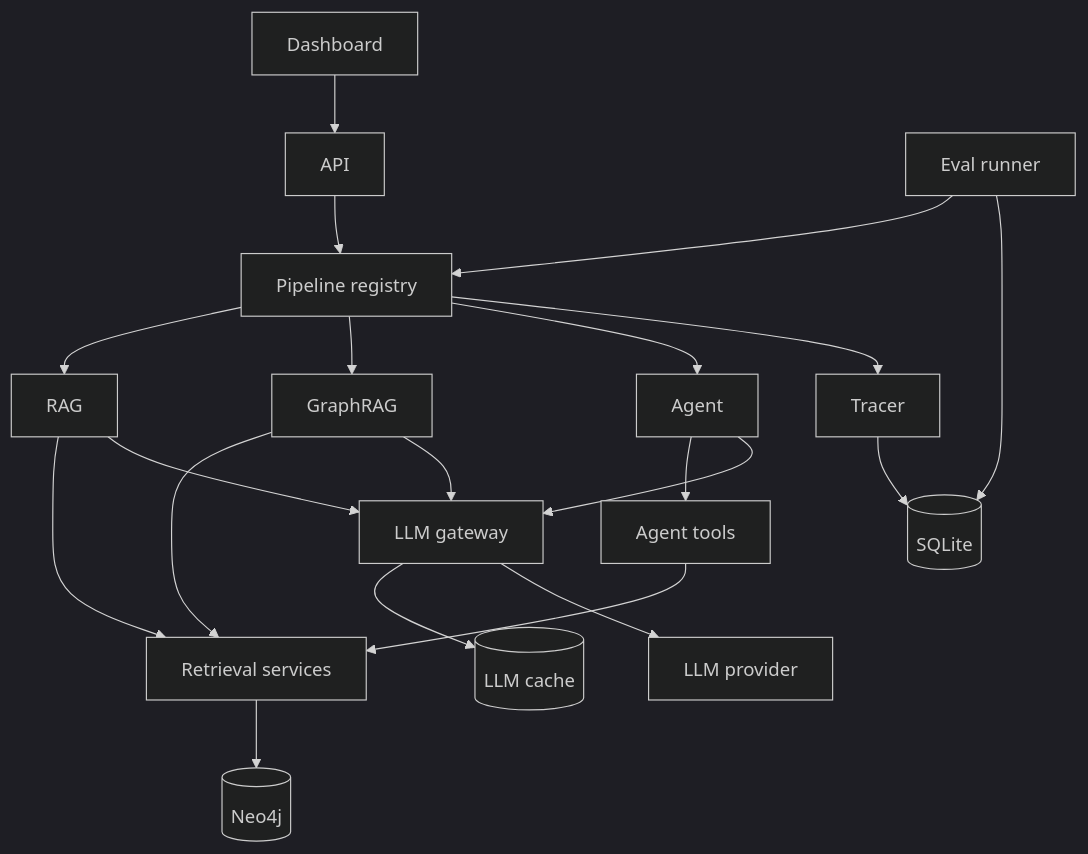
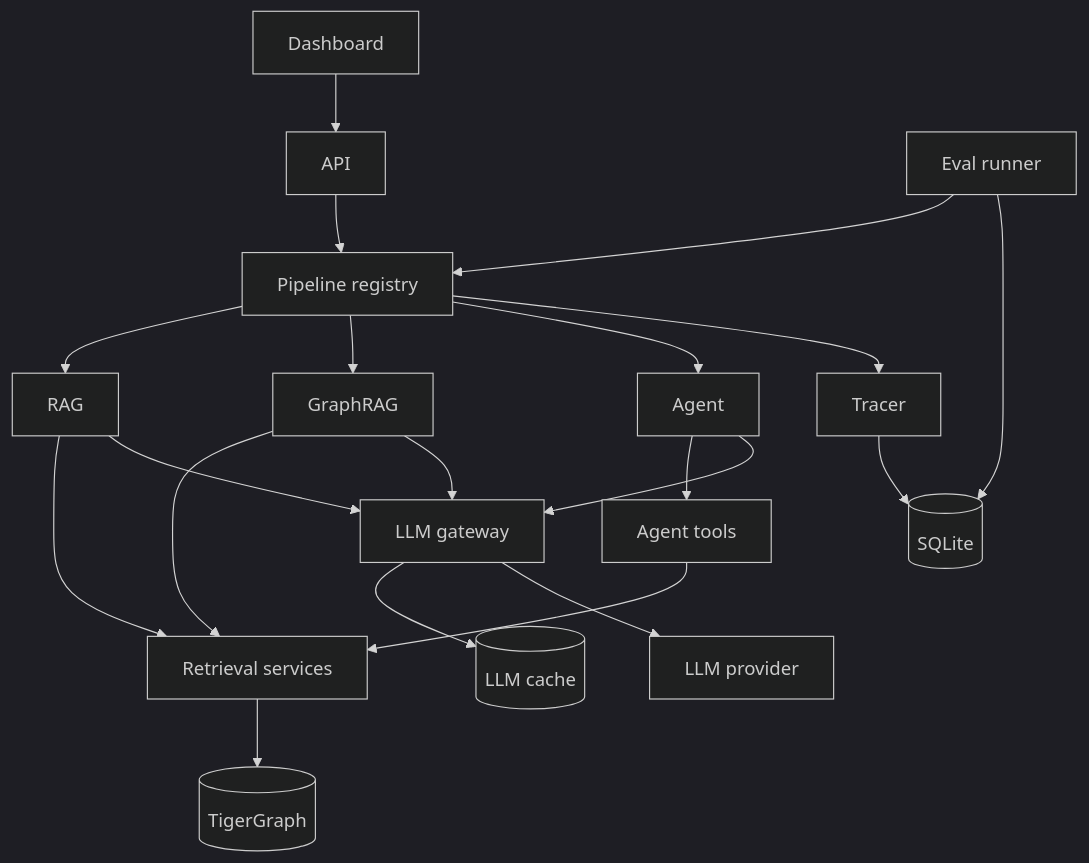
Before and after one commit to Tetra4ge/Interlock-TG: the fourth of 11 diagrams in docs/ARCHITECTURE.md, drawn with Mermaid (dark theme). The commit also changed other lines of this file and 13 other files, not shown here.

Commit message:
docs: migrate architecture and documentation references from Neo4j to TigerGraph

````diff
--- a/docs/ARCHITECTURE.md
+++ b/docs/ARCHITECTURE.md
@@ -130,22 +130,22 @@
 ```mermaid
 flowchart TD
     UI[Dashboard] --> API[API]
     EVAL[Eval runner] --> PIPES
     API --> PIPES[Pipeline registry]
     PIPES --> RAG[RAG]
     PIPES --> GR[GraphRAG]
     PIPES --> AG[Agent]
     RAG --> RET[Retrieval services]
     GR --> RET
     AG --> TOOLS[Agent tools]
     TOOLS --> RET
-    RET --> NEO[(Neo4j)]
+    RET --> TG[(TigerGraph)]
     RAG --> GW[LLM gateway]
     GR --> GW
     AG --> GW
     GW --> CACHE[(LLM cache)]
     GW --> PROV[LLM provider]
     PIPES --> TR[Tracer]
     TR --> SQL[(SQLite)]
     EVAL --> SQL
 ```
````
